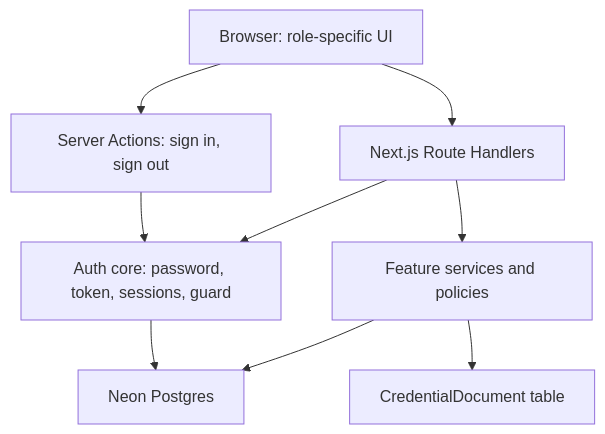
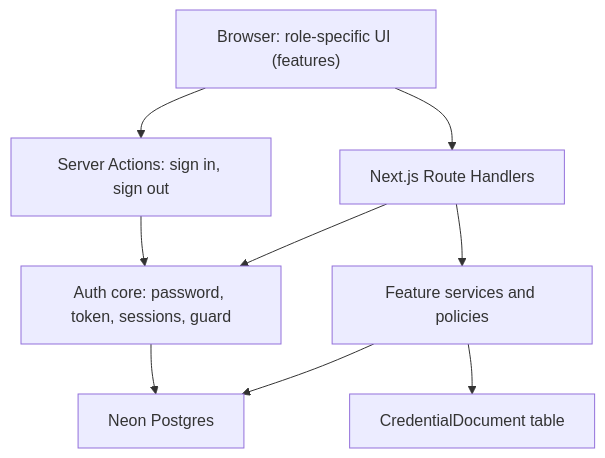
One commit to erikadelao13/shiftpatch changed the diagram in ARCHITECTURE.md. Above: the diagram before and after it, drawn with Mermaid. The commit also changed other lines of this file and 4 other files, not shown here.

Commit message:
docs: record the server, contracts and actions split

````diff
--- a/ARCHITECTURE.md
+++ b/ARCHITECTURE.md
@@ -44,11 +44,11 @@
 ```mermaid
 flowchart TD
-    Browser["Browser: role-specific UI"] --> Actions["Server Actions: sign in, sign out"]
+    Browser["Browser: role-specific UI (features)"] --> Actions["Server Actions: sign in, sign out"]
     Browser --> HTTP["Next.js Route Handlers"]
     Actions --> Auth["Auth core: password, token, sessions, guard"]
     HTTP --> Auth
     HTTP --> Services["Feature services and policies"]
     Auth --> DB["Neon Postgres"]
     Services --> DB
     Services --> Files["CredentialDocument table"]
 ```
````
